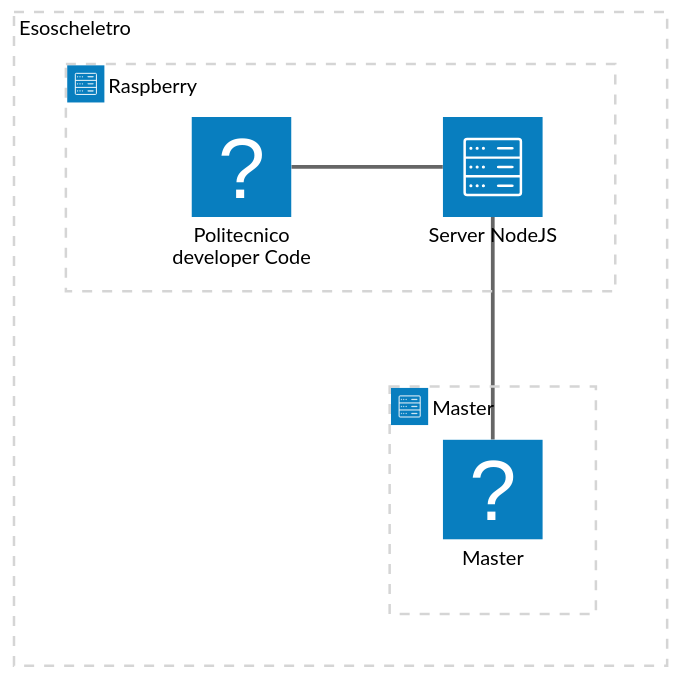
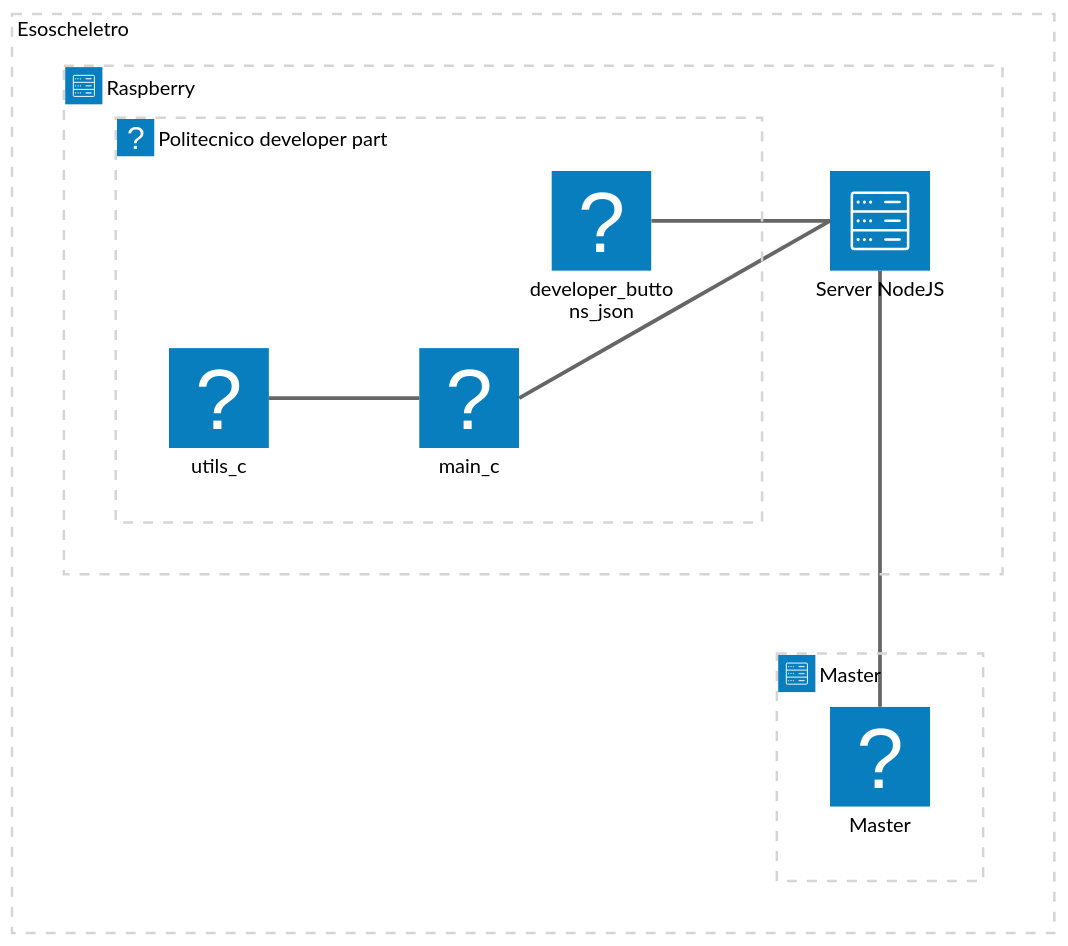
Before and after one commit to Allenaz-srl/Progetto-Riabilitazione: the diagram in politecnico-developers-framework/software-blocks.md, drawn with Mermaid (neutral theme). The commit also changed 4 other files, not shown here.

````diff
--- a/politecnico-developers-framework/software-blocks.md
+++ b/politecnico-developers-framework/software-blocks.md
@@ -3,13 +3,18 @@
 ```mermaid
 architecture-beta
     group exo[Esoscheletro]
     group master(server)[Master] in exo
     service master_pc(z)[Master] in master
     group rasp(server)[Raspberry] in exo
     service back(server)[Server NodeJS] in rasp
-    service code(application)[Politecnico developer Code] in rasp
+    group poli(application)[Politecnico developer part] in rasp
+    service main_code(application)[main_c] in poli
+    service utils_code(application)[utils_c] in poli
+    service button_settings(application)[developer_buttons_json] in poli
    
-    code:R -- L:back
+    main_code:R -- L:back
+    main_code:L -- R:utils_code
+    button_settings:R -- L:back
     master_pc:T -- B:back
   
 ```
````
